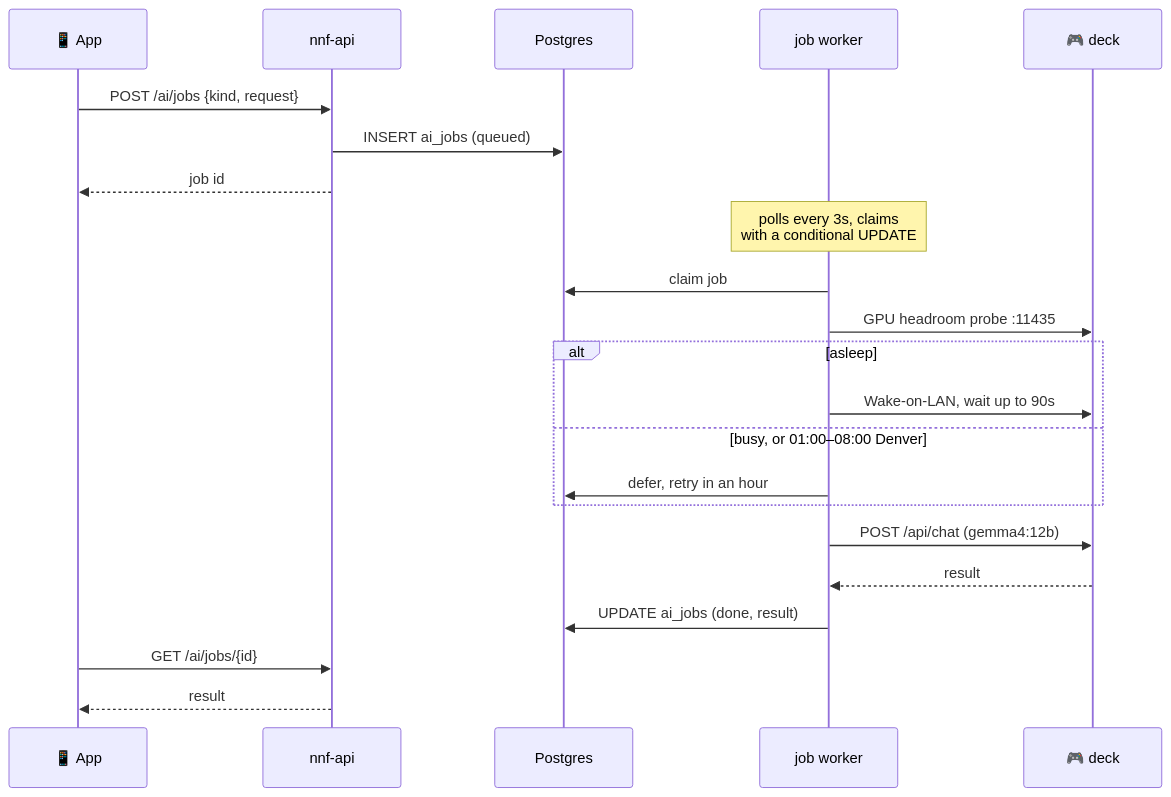
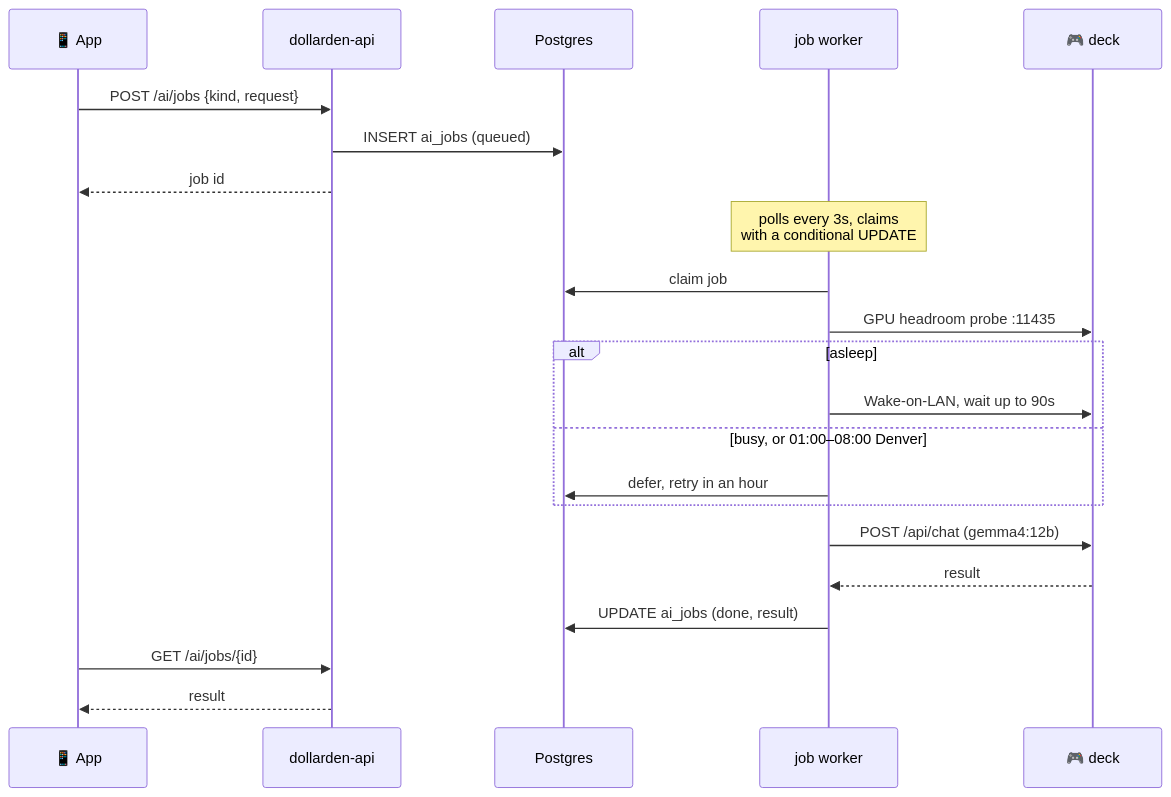
The second of 5 diagrams in docs/14-system-map.md (TheRea1Neil/DollarDen), drawn with Mermaid before and after one commit. The commit also changed other lines of this file and 89 other files, not shown here.

````diff
--- a/docs/14-system-map.md
+++ b/docs/14-system-map.md
@@ -152,25 +152,25 @@
 ```mermaid
 sequenceDiagram
     participant App as 📱 App
-    participant API as nnf-api
+    participant API as dollarden-api
     participant DB as Postgres
     participant W as job worker
     participant Deck as 🎮 deck
 
     App->>API: POST /ai/jobs {kind, request}
     API->>DB: INSERT ai_jobs (queued)
     API-->>App: job id
     Note over W: polls every 3s, claims<br/>with a conditional UPDATE
     W->>DB: claim job
     W->>Deck: GPU headroom probe :11435
     alt asleep
         W->>Deck: Wake-on-LAN, wait up to 90s
     else busy, or 01:00–08:00 Denver
         W->>DB: defer, retry in an hour
     end
     W->>Deck: POST /api/chat (gemma4:12b)
     Deck-->>W: result
     W->>DB: UPDATE ai_jobs (done, result)
     App->>API: GET /ai/jobs/{id}
     API-->>App: result
 ```
````
